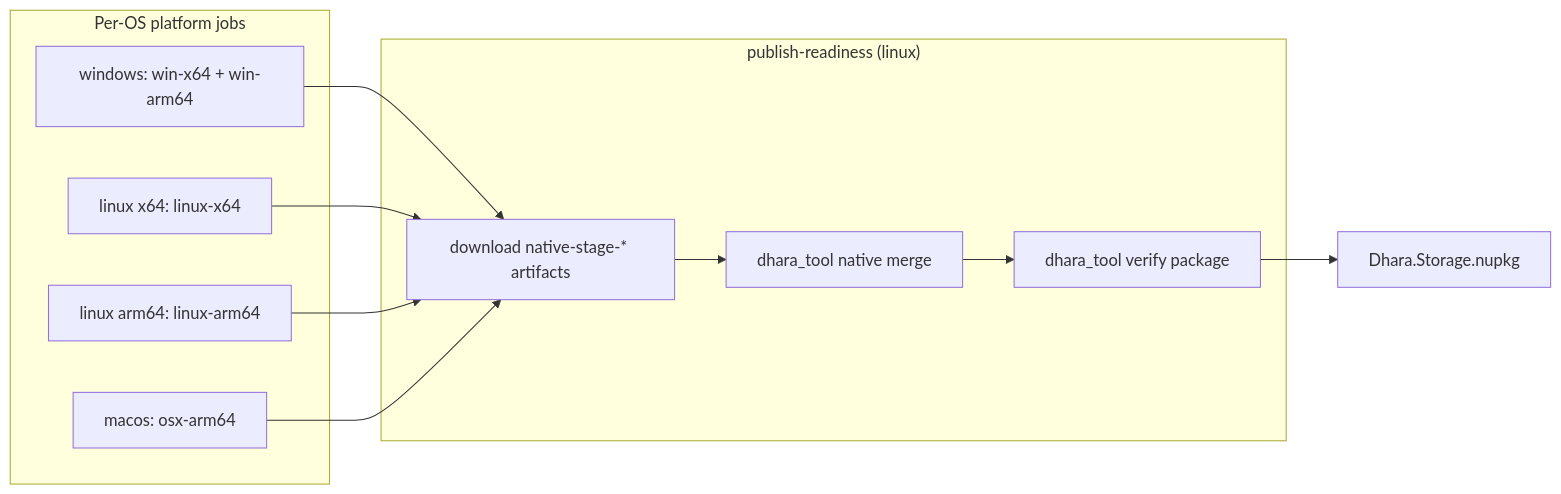
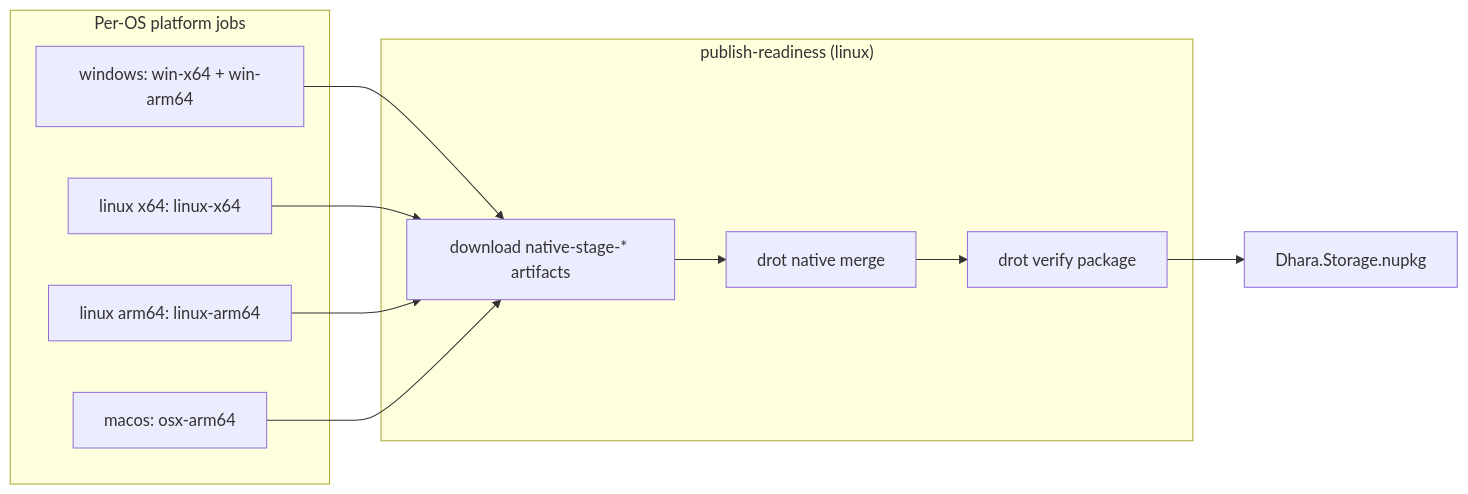
Before and after one commit to D-Naveenz/dhara_storage: the diagram in docs/native-packaging.md, drawn with Mermaid. The commit also changed other lines of this file and 124 other files, not shown here.

First line of the commit message:
🔥 Remove dhara_tool and migrate to drot submodule orchestration

````diff
--- a/docs/native-packaging.md
+++ b/docs/native-packaging.md
@@ -9,18 +9,18 @@
 ```mermaid
 flowchart LR
   subgraph stage ["Per-OS platform jobs"]
     W[windows: win-x64 + win-arm64]
     L[linux x64: linux-x64]
     LA[linux arm64: linux-arm64]
     M[macos: osx-arm64]
   end
 
   subgraph merge ["publish-readiness (linux)"]
     DL[download native-stage-* artifacts]
-    MG[dhara_tool native merge]
-    VP[dhara_tool verify package]
+    MG[drot native merge]
+    VP[drot verify package]
   end
 
   W & L & LA & M --> DL --> MG --> VP
   VP --> NUPKG[Dhara.Storage.nupkg]
 ```
````
